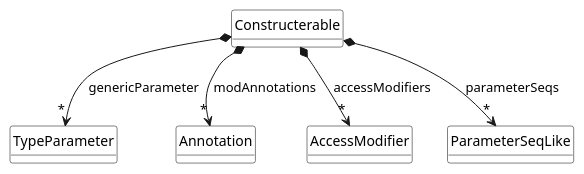
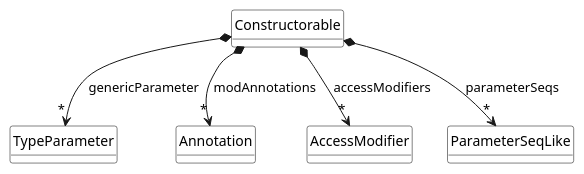
One commit to tizuck/scala-uml changed the diagram in scala-uml-meta/sub/construtorable.meta.puml. Above: the diagram before and after it, drawn with PlantUML. The commit also changed 13 other files, not shown here.

```diff
--- a/scala-uml-meta/sub/construtorable.meta.puml
+++ b/scala-uml-meta/sub/construtorable.meta.puml
@@ -1,18 +1,18 @@
-@startuml
-class Constructerable 
+@startuml Constructorabler
+class Constructorable 
 
-Constructerable *--> "*" TypeParameter : genericParameter 
-Constructerable *--> "*" Annotation : modAnnotations 
-Constructerable *--> "*" AccessModifier : accessModifiers
-Constructerable *--> "*" ParameterSeqLike : parameterSeqs
+Constructorable *--> "*" TypeParameter : genericParameter 
+Constructorable *--> "*" Annotation : modAnnotations 
+Constructorable *--> "*" AccessModifier : accessModifiers
+Constructorable *--> "*" ParameterSeqLike : parameterSeqs
 
 hide class circle
 hide class methods
 
 skinparam class {
     BackgroundColor White
     ArrowColor Black
     BorderColor Black
 }
 
 @enduml 
```
